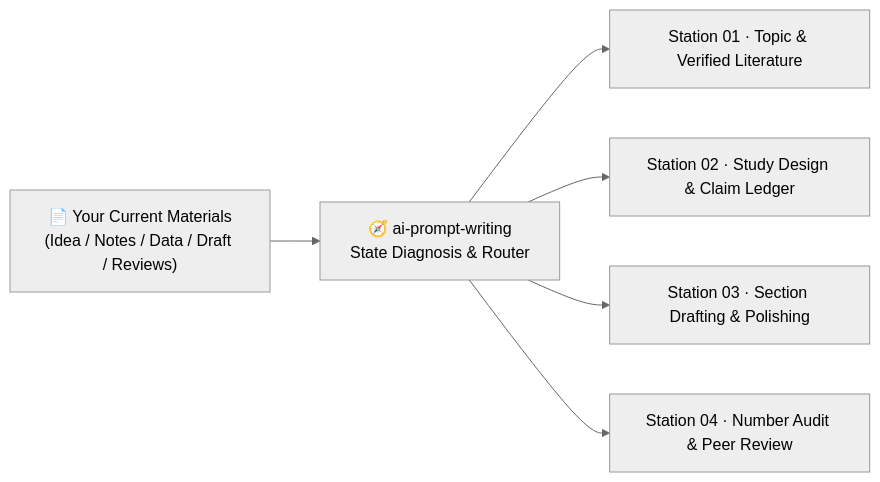
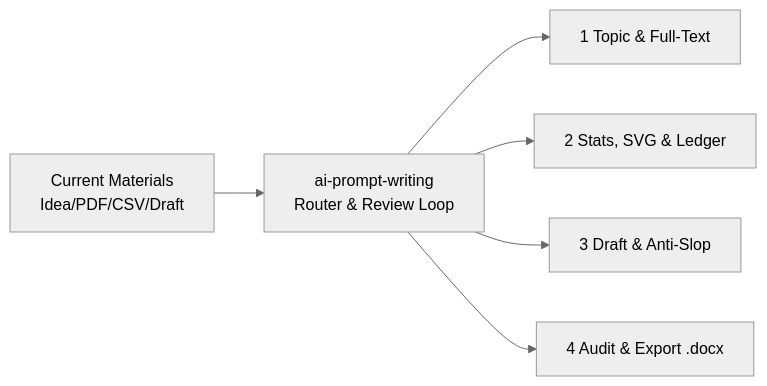
Before and after one commit to huh7i5/AI-prompts-writing: the diagram in README.en.md, drawn with Mermaid (neutral theme). The commit also changed other lines of this file and 18 other files, not shown here.

First line of the commit message:
Add PDF full-text indexer, CSV stats/SVG plotter, .docx/.tex exporter, slim READMEs, and GitHub Pages prompt builder

````diff
--- a/README.en.md
+++ b/README.en.md
@@ -1647,8 +1624,8 @@
 ```mermaid
 flowchart LR
-    Input["📄 Your Current Materials<br>(Idea / Notes / Data / Draft / Reviews)"] --> Router["🧭 ai-prompt-writing<br>State Diagnosis & Router"]
-    Router --> S1["Station 01 · Topic & Verified Literature"]
-    Router --> S2["Station 02 · Study Design & Claim Ledger"]
-    Router --> S3["Station 03 · Section Drafting & Polishing"]
-    Router --> S4["Station 04 · Number Audit & Peer Review"]
+    Raw["Current Materials<br>Idea/PDF/CSV/Draft"] --> Router["ai-prompt-writing<br>Router & Review Loop"]
+    Router --> S1["1 Topic & Full-Text"]
+    Router --> S2["2 Stats, SVG & Ledger"]
+    Router --> S3["3 Draft & Anti-Slop"]
+    Router --> S4["4 Audit & Export .docx"]
 ```
````
